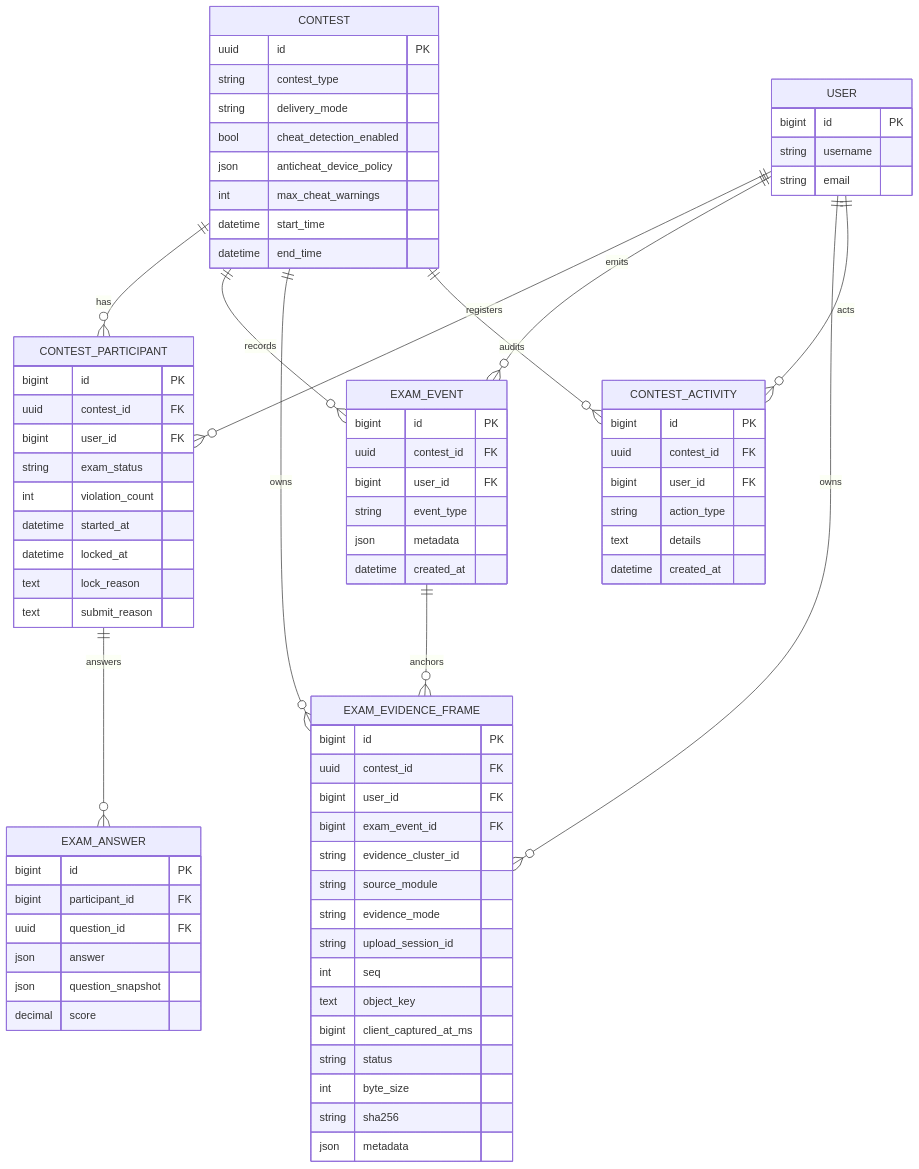
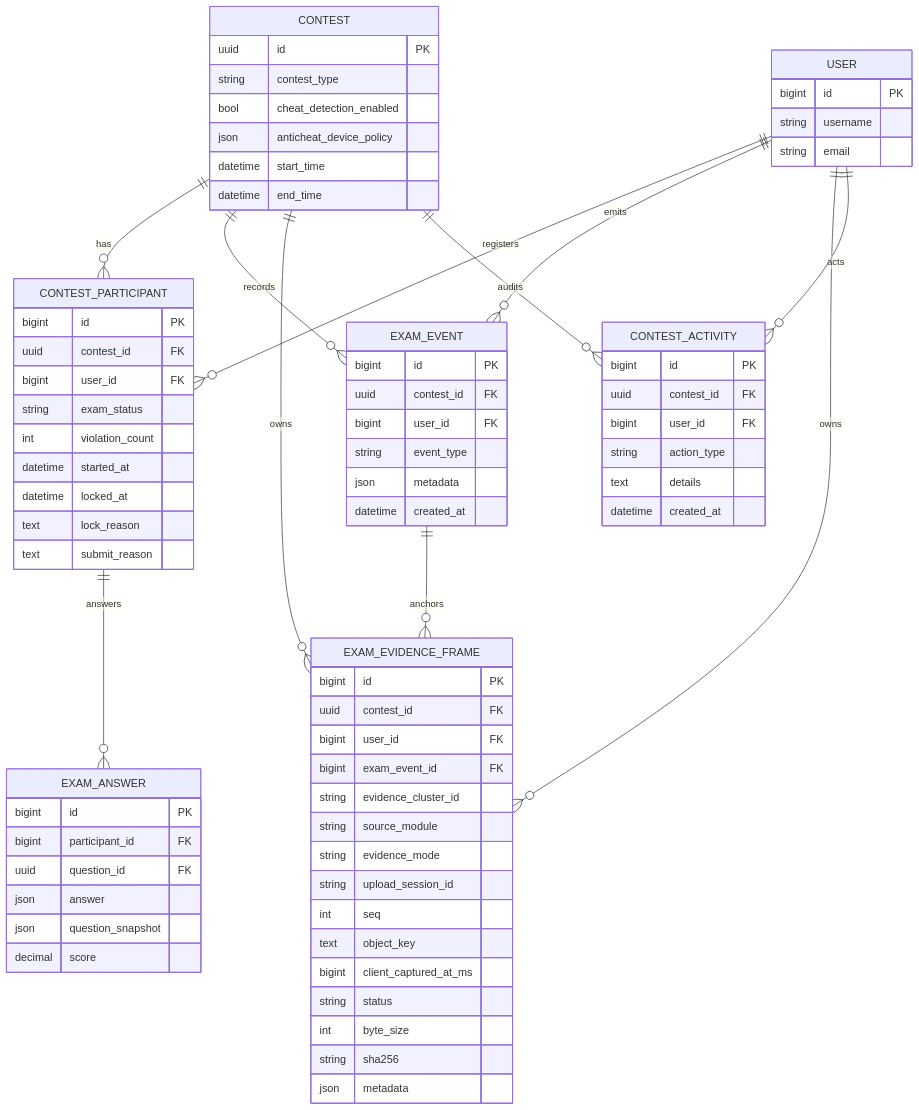
Before and after one commit to quan0715/QJudge: the third of 5 diagrams in docs/anticheat-model-design.md, drawn with Mermaid. The commit also changed 112 other files, not shown here.

```diff
--- a/docs/anticheat-model-design.md
+++ b/docs/anticheat-model-design.md
@@ -162,10 +162,8 @@
     CONTEST {
         uuid id PK
         string contest_type
-        string delivery_mode
         bool cheat_detection_enabled
         json anticheat_device_policy
-        int max_cheat_warnings
         datetime start_time
         datetime end_time
     }
```
